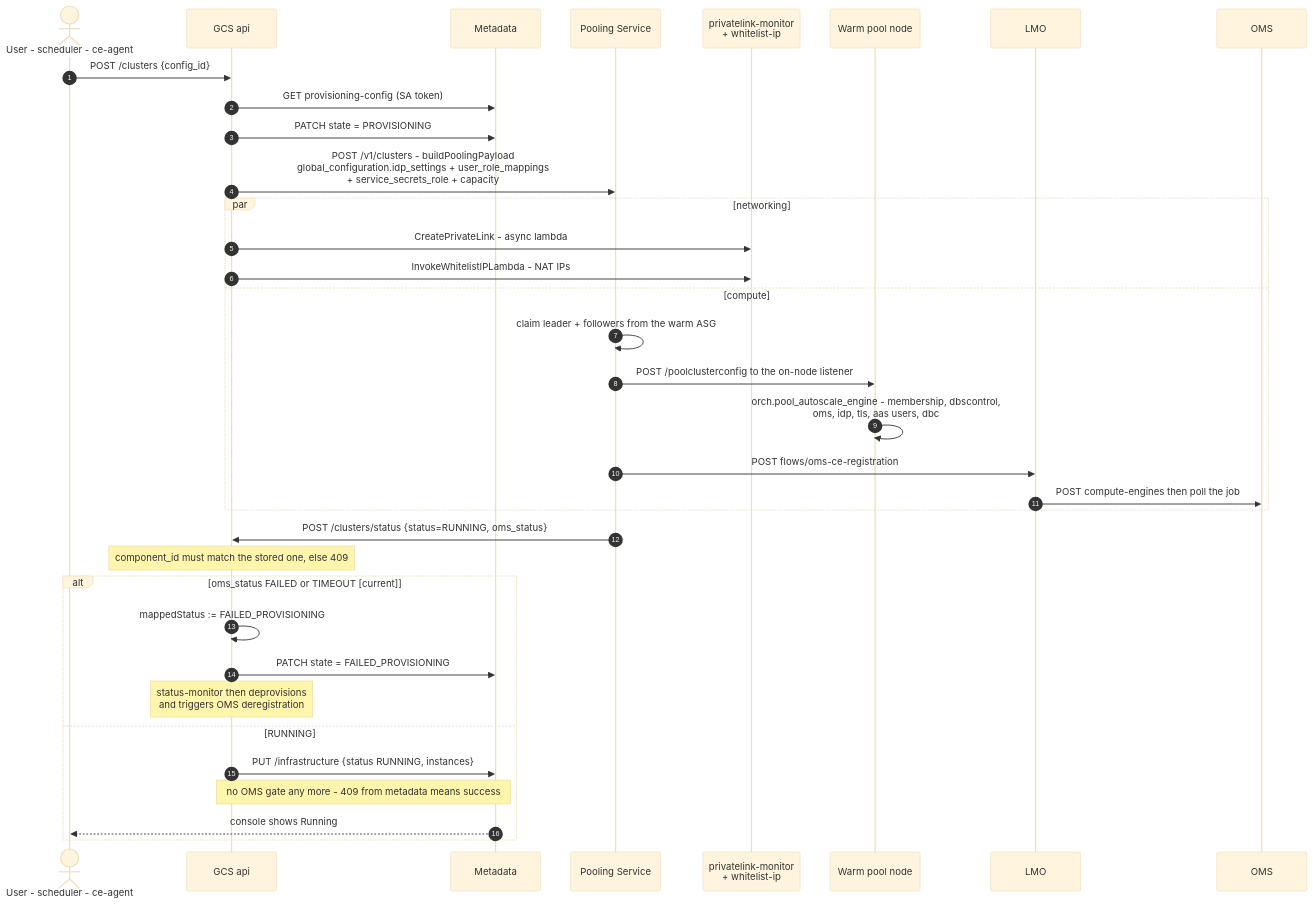
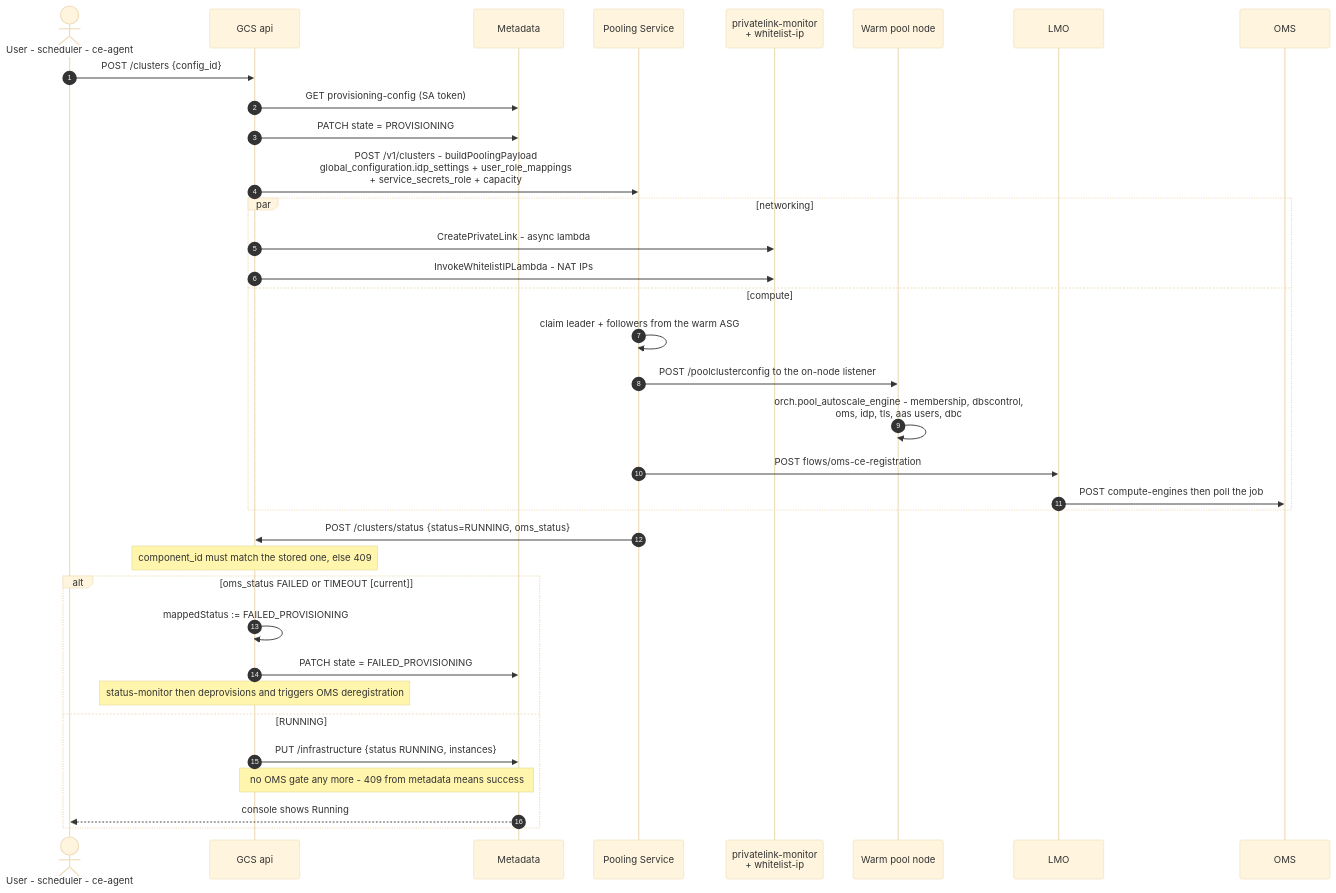
Before and after one commit to tisan-das/agent-skills: the ninth of 29 diagrams in skills/ce-ops/references/CE-KNOWLEDGE-BASE.md, drawn with Mermaid (base theme). The commit also changed other lines of this file and 4 other files, not shown here.

````diff
--- a/skills/ce-ops/references/CE-KNOWLEDGE-BASE.md
+++ b/skills/ce-ops/references/CE-KNOWLEDGE-BASE.md
@@ -700,39 +795,39 @@
 ```mermaid
 sequenceDiagram
     autonumber
     actor U as User - scheduler - ce-agent
     participant API as GCS api
     participant MD as Metadata
     participant POOL as Pooling Service
     participant PLM as privatelink-monitor<br/>+ whitelist-ip
     participant NODE as Warm pool node
     participant LMO as LMO
     participant OMS as OMS
 
     U->>API: POST /clusters {config_id}
     API->>MD: GET provisioning-config (SA token)
     API->>MD: PATCH state = PROVISIONING
     API->>POOL: POST /v1/clusters - buildPoolingPayload<br/>global_configuration.idp_settings + user_role_mappings<br/>+ service_secrets_role + capacity
     par networking
         API->>PLM: CreatePrivateLink - async lambda
         API->>PLM: InvokeWhitelistIPLambda - NAT IPs
     and compute
         POOL->>POOL: claim leader + followers from the warm ASG
         POOL->>NODE: POST /poolclusterconfig to the on-node listener
         NODE->>NODE: orch.pool_autoscale_engine - membership, dbscontrol,<br/>oms, idp, tls, aas users, dbc
         POOL->>LMO: POST flows/oms-ce-registration
         LMO->>OMS: POST compute-engines then poll the job
     end
 
     POOL->>API: POST /clusters/status {status=RUNNING, oms_status}
     Note over API: component_id must match the stored one, else 409
     alt oms_status FAILED or TIMEOUT   [current]
         API->>API: mappedStatus := FAILED_PROVISIONING
         API->>MD: PATCH state = FAILED_PROVISIONING
-        Note over API: status-monitor then deprovisions<br/>and triggers OMS deregistration
+        Note over API: status-monitor then deprovisions and triggers OMS deregistration
     else RUNNING
         API->>MD: PUT /infrastructure {status RUNNING, instances}
         Note over API,MD: no OMS gate any more - 409 from metadata means success
         MD-->>U: console shows Running
     end
 ```
````
